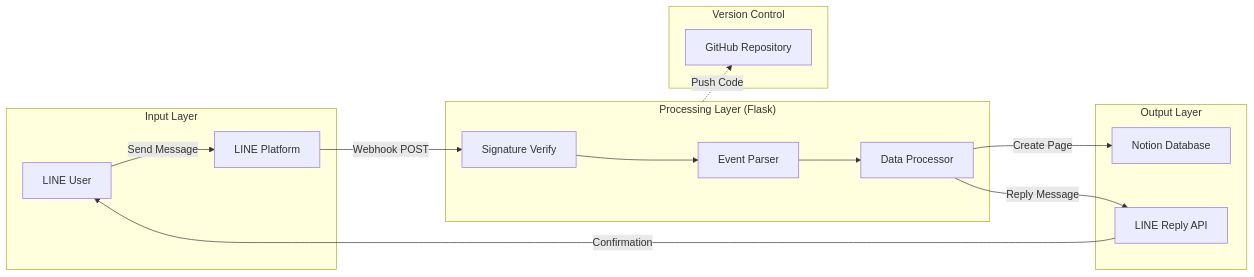
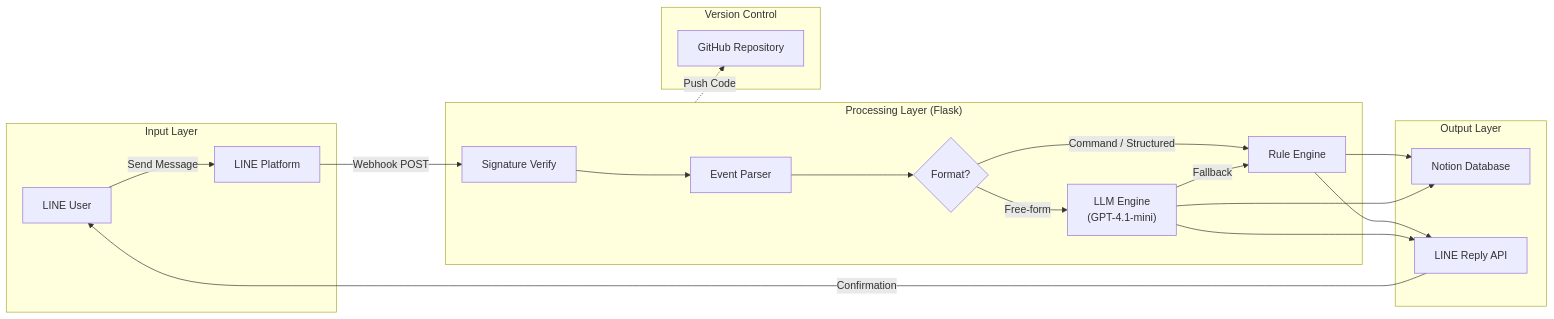
One commit to emting/LINE-Notion-AccountBook changed the diagram in docs/architecture.mmd. Above: the diagram before and after it, drawn with Mermaid. The commit also changed 10 other files, not shown here.

First line of the commit message:
feat: Add LLM-powered intelligent parsing engine (GPT-4.1-mini)

```diff
--- a/docs/architecture.mmd
+++ b/docs/architecture.mmd
@@ -1,22 +1,27 @@
 flowchart LR
     subgraph Input["Input Layer"]
         A["LINE User"] -->|Send Message| B["LINE Platform"]
     end
 
     subgraph Server["Processing Layer (Flask)"]
         B -->|Webhook POST| C["Signature Verify"]
         C --> D["Event Parser"]
-        D --> E["Data Processor"]
+        D --> E{"Format?"}
+        E -->|Command / Structured| F["Rule Engine"]
+        E -->|Free-form| G["LLM Engine\n(GPT-4.1-mini)"]
+        G -->|Fallback| F
     end
 
     subgraph Output["Output Layer"]
-        E -->|Create Page| F["Notion Database"]
-        E -->|Reply Message| G["LINE Reply API"]
+        F --> H["Notion Database"]
+        G --> H
+        F --> I["LINE Reply API"]
+        G --> I
     end
 
     subgraph VCS["Version Control"]
-        H["GitHub Repository"]
+        J["GitHub Repository"]
     end
 
-    G -->|Confirmation| A
-    Server -.->|Push Code| H
+    I -->|Confirmation| A
+    Server -.->|Push Code| J
```
